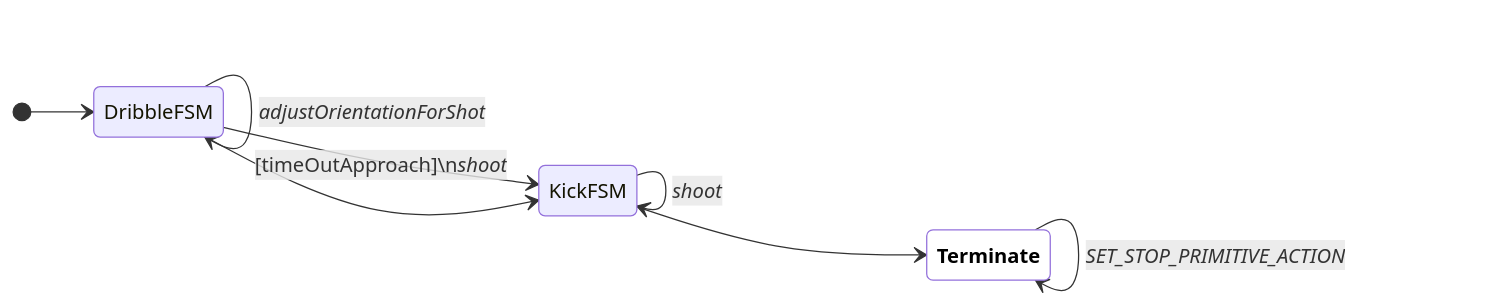
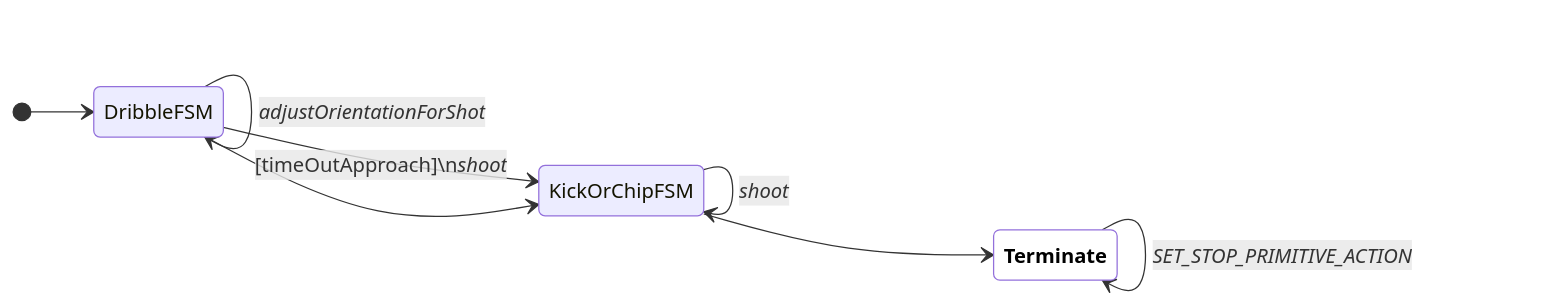
Diagram 28 of 31 in docs/fsm-diagrams.md (UBC-Thunderbots/Software), drawn with Mermaid before and after one commit. The commit also changed other lines of this file and 46 other files, not shown here.

First line of the commit message:
Combine chip_tactic and kick_tactic (#3624)

````diff
--- a/docs/fsm-diagrams.md
+++ b/docs/fsm-diagrams.md
@@ -485,15 +468,15 @@
 ```mermaid
 
 stateDiagram-v2
 classDef terminate fill:white,color:black,font-weight:bold
 direction LR
 [*] --> DribbleFSM
 DribbleFSM --> DribbleFSM : [!takePenaltyShot]\n<i>updateApproachKeeper</i>
-DribbleFSM --> KickFSM : [timeOutApproach]\n<i>shoot</i>
+DribbleFSM --> KickOrChipFSM : [timeOutApproach]\n<i>shoot</i>
 DribbleFSM --> DribbleFSM : <i>adjustOrientationForShot</i>
-DribbleFSM --> KickFSM
-KickFSM --> KickFSM : <i>shoot</i>
-KickFSM --> Terminate:::terminate
+DribbleFSM --> KickOrChipFSM
+KickOrChipFSM --> KickOrChipFSM : <i>shoot</i>
+KickOrChipFSM --> Terminate:::terminate
 Terminate:::terminate --> Terminate:::terminate : <i>SET_STOP_PRIMITIVE_ACTION</i>
 
 ```
````
